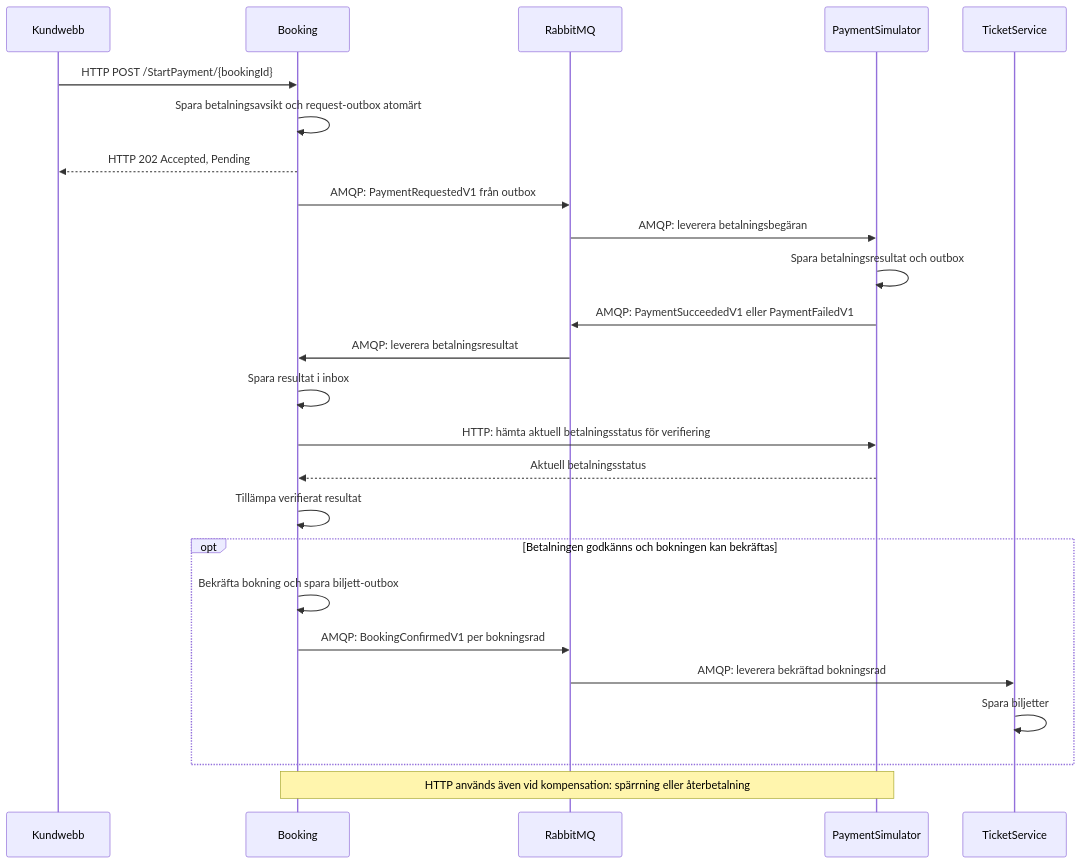
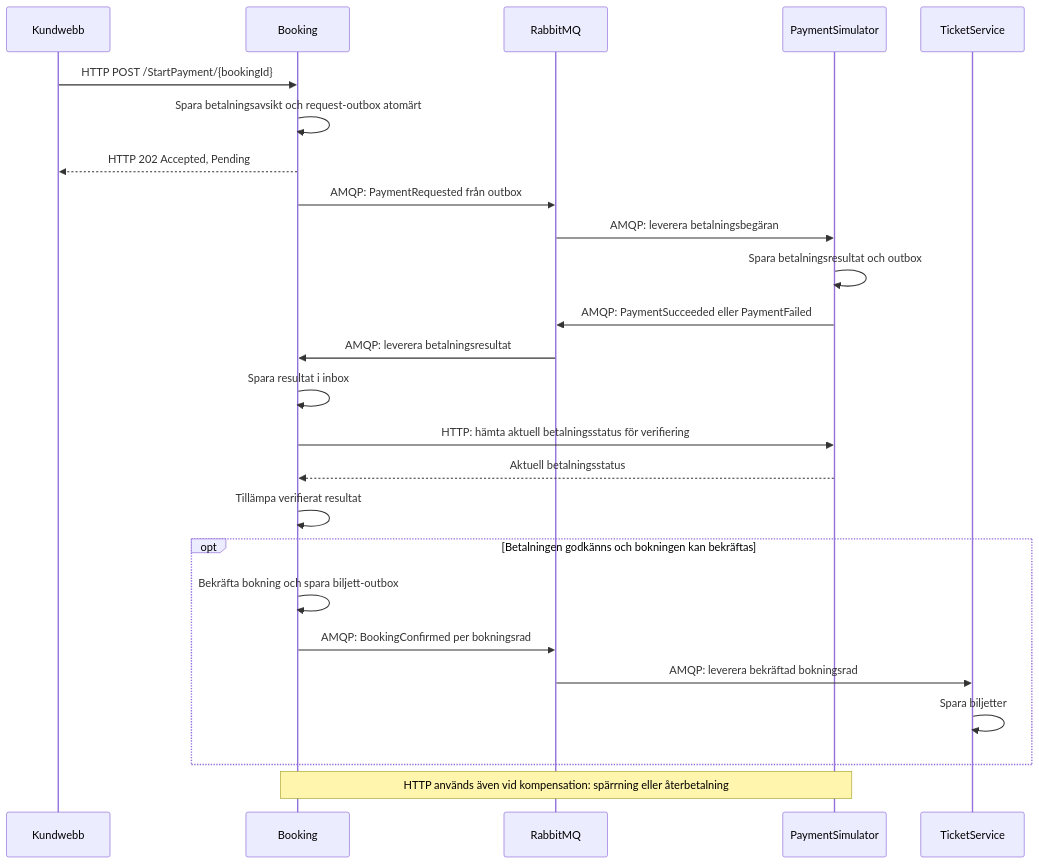
One commit to kimrodin/HalsingeLiveAB changed the diagram in docs/messaging.md. Above: the diagram before and after it, drawn with Mermaid. The commit also changed other lines of this file and 40 other files, not shown here.

````diff
--- a/docs/messaging.md
+++ b/docs/messaging.md
@@ -15,28 +15,28 @@
 ```mermaid
 sequenceDiagram
     participant C as Kundwebb
     participant B as Booking
     participant R as RabbitMQ
     participant P as PaymentSimulator
     participant T as TicketService
 
     C->>B: HTTP POST /StartPayment/{bookingId}
     B->>B: Spara betalningsavsikt och request-outbox atomärt
     B-->>C: HTTP 202 Accepted, Pending
-    B->>R: AMQP: PaymentRequestedV1 från outbox
+    B->>R: AMQP: PaymentRequested från outbox
     R->>P: AMQP: leverera betalningsbegäran
     P->>P: Spara betalningsresultat och outbox
-    P->>R: AMQP: PaymentSucceededV1 eller PaymentFailedV1
+    P->>R: AMQP: PaymentSucceeded eller PaymentFailed
     R->>B: AMQP: leverera betalningsresultat
     B->>B: Spara resultat i inbox
     B->>P: HTTP: hämta aktuell betalningsstatus för verifiering
     P-->>B: Aktuell betalningsstatus
     B->>B: Tillämpa verifierat resultat
     opt Betalningen godkänns och bokningen kan bekräftas
         B->>B: Bekräfta bokning och spara biljett-outbox
-        B->>R: AMQP: BookingConfirmedV1 per bokningsrad
+        B->>R: AMQP: BookingConfirmed per bokningsrad
         R->>T: AMQP: leverera bekräftad bokningsrad
         T->>T: Spara biljetter
     end
     Note over B,P: HTTP används även vid kompensation: spärrning eller återbetalning
 ```
````
